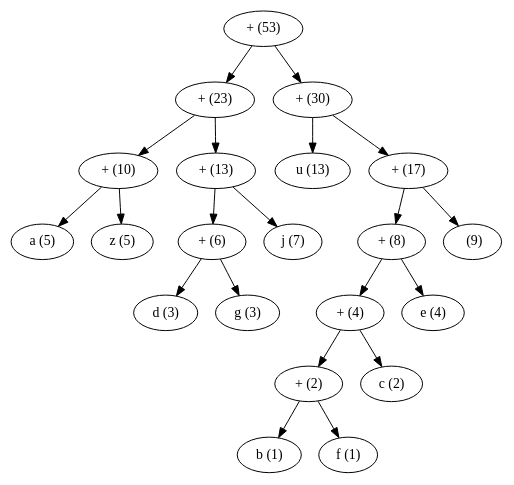
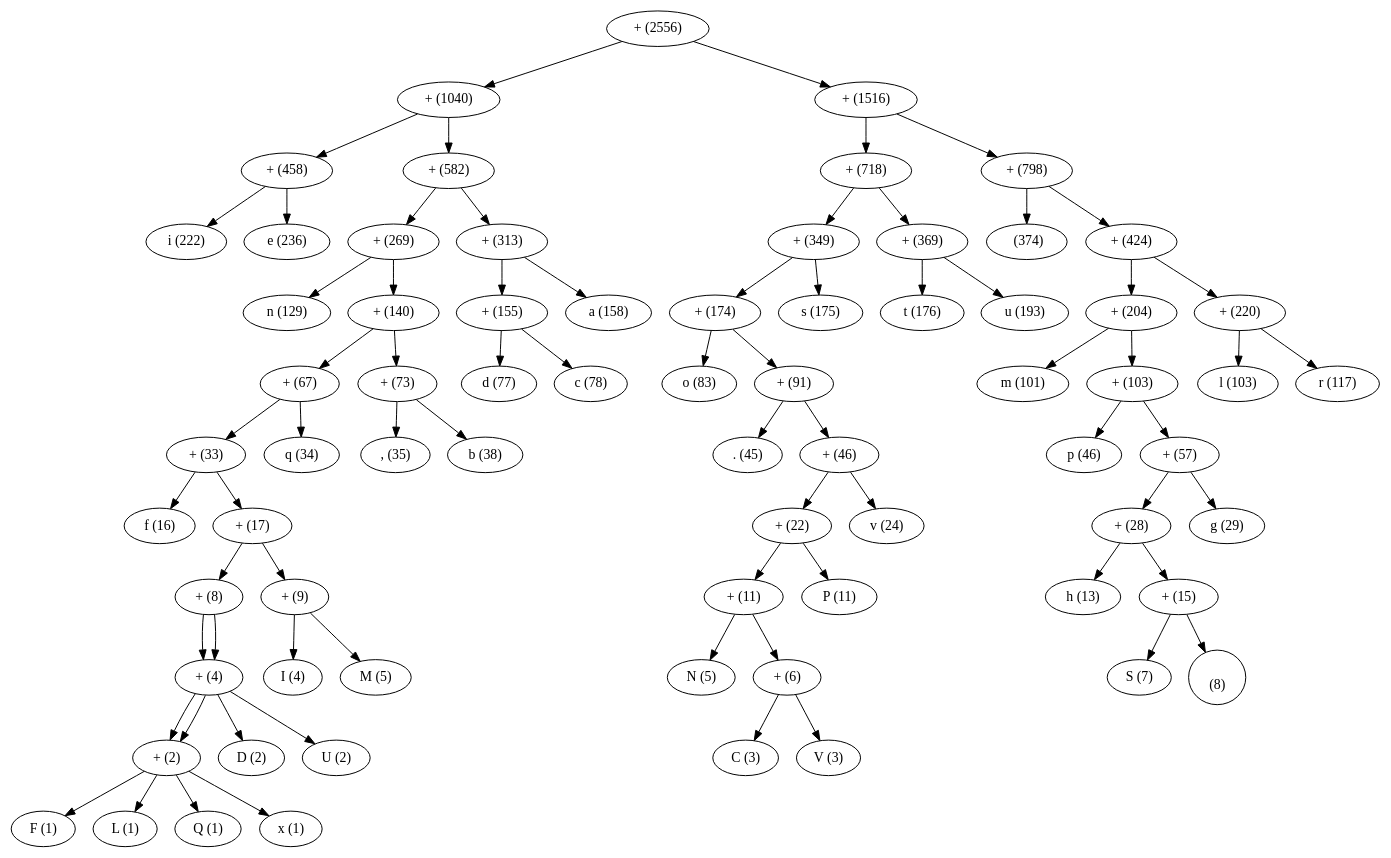
The diagram in arquivos/huffman_tree.dot (JHenriqueUPF/CodificacaoDeHuffman), drawn with Graphviz before and after one commit. The commit also changed 9 other files, not shown here.

```diff
--- a/arquivos/huffman_tree.dot
+++ b/arquivos/huffman_tree.dot
@@ -1,22 +1,75 @@
 digraph HuffmanTree {
-	"+ (53)" -> "+ (23)";
-	"+ (23)" -> "+ (10)";
-	"+ (10)" -> "a (5)";
-	"+ (10)" -> "z (5)";
-	"+ (23)" -> "+ (13)";
-	"+ (13)" -> "+ (6)";
-	"+ (6)" -> "d (3)";
-	"+ (6)" -> "g (3)";
-	"+ (13)" -> "j (7)";
-	"+ (53)" -> "+ (30)";
-	"+ (30)" -> "u (13)";
-	"+ (30)" -> "+ (17)";
+	"+ (2556)" -> "+ (1040)";
+	"+ (1040)" -> "+ (458)";
+	"+ (458)" -> "i (222)";
+	"+ (458)" -> "e (236)";
+	"+ (1040)" -> "+ (582)";
+	"+ (582)" -> "+ (269)";
+	"+ (269)" -> "n (129)";
+	"+ (269)" -> "+ (140)";
+	"+ (140)" -> "+ (67)";
+	"+ (67)" -> "+ (33)";
+	"+ (33)" -> "f (16)";
+	"+ (33)" -> "+ (17)";
 	"+ (17)" -> "+ (8)";
 	"+ (8)" -> "+ (4)";
 	"+ (4)" -> "+ (2)";
-	"+ (2)" -> "b (1)";
-	"+ (2)" -> "f (1)";
-	"+ (4)" -> "c (2)";
-	"+ (8)" -> "e (4)";
-	"+ (17)" -> "  (9)";
+	"+ (2)" -> "F (1)";
+	"+ (2)" -> "L (1)";
+	"+ (4)" -> "+ (2)";
+	"+ (2)" -> "Q (1)";
+	"+ (2)" -> "x (1)";
+	"+ (8)" -> "+ (4)";
+	"+ (4)" -> "D (2)";
+	"+ (4)" -> "U (2)";
+	"+ (17)" -> "+ (9)";
+	"+ (9)" -> "I (4)";
+	"+ (9)" -> "M (5)";
+	"+ (67)" -> "q (34)";
+	"+ (140)" -> "+ (73)";
+	"+ (73)" -> ", (35)";
+	"+ (73)" -> "b (38)";
+	"+ (582)" -> "+ (313)";
+	"+ (313)" -> "+ (155)";
+	"+ (155)" -> "d (77)";
+	"+ (155)" -> "c (78)";
+	"+ (313)" -> "a (158)";
+	"+ (2556)" -> "+ (1516)";
+	"+ (1516)" -> "+ (718)";
+	"+ (718)" -> "+ (349)";
+	"+ (349)" -> "+ (174)";
+	"+ (174)" -> "o (83)";
+	"+ (174)" -> "+ (91)";
+	"+ (91)" -> ". (45)";
+	"+ (91)" -> "+ (46)";
+	"+ (46)" -> "+ (22)";
+	"+ (22)" -> "+ (11)";
+	"+ (11)" -> "N (5)";
+	"+ (11)" -> "+ (6)";
+	"+ (6)" -> "C (3)";
+	"+ (6)" -> "V (3)";
+	"+ (22)" -> "P (11)";
+	"+ (46)" -> "v (24)";
+	"+ (349)" -> "s (175)";
+	"+ (718)" -> "+ (369)";
+	"+ (369)" -> "t (176)";
+	"+ (369)" -> "u (193)";
+	"+ (1516)" -> "+ (798)";
+	"+ (798)" -> "  (374)";
+	"+ (798)" -> "+ (424)";
+	"+ (424)" -> "+ (204)";
+	"+ (204)" -> "m (101)";
+	"+ (204)" -> "+ (103)";
+	"+ (103)" -> "p (46)";
+	"+ (103)" -> "+ (57)";
+	"+ (57)" -> "+ (28)";
+	"+ (28)" -> "h (13)";
+	"+ (28)" -> "+ (15)";
+	"+ (15)" -> "S (7)";
+	"+ (15)" -> "
+ (8)";
+	"+ (57)" -> "g (29)";
+	"+ (424)" -> "+ (220)";
+	"+ (220)" -> "l (103)";
+	"+ (220)" -> "r (117)";
 }
```
